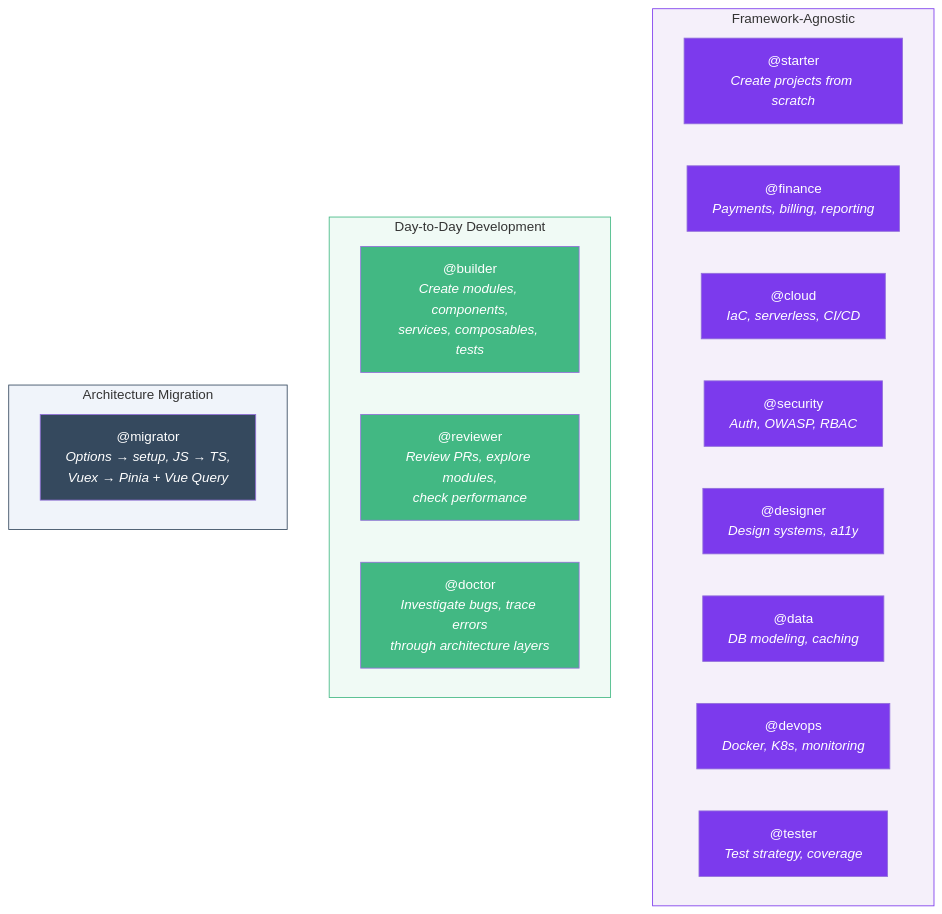
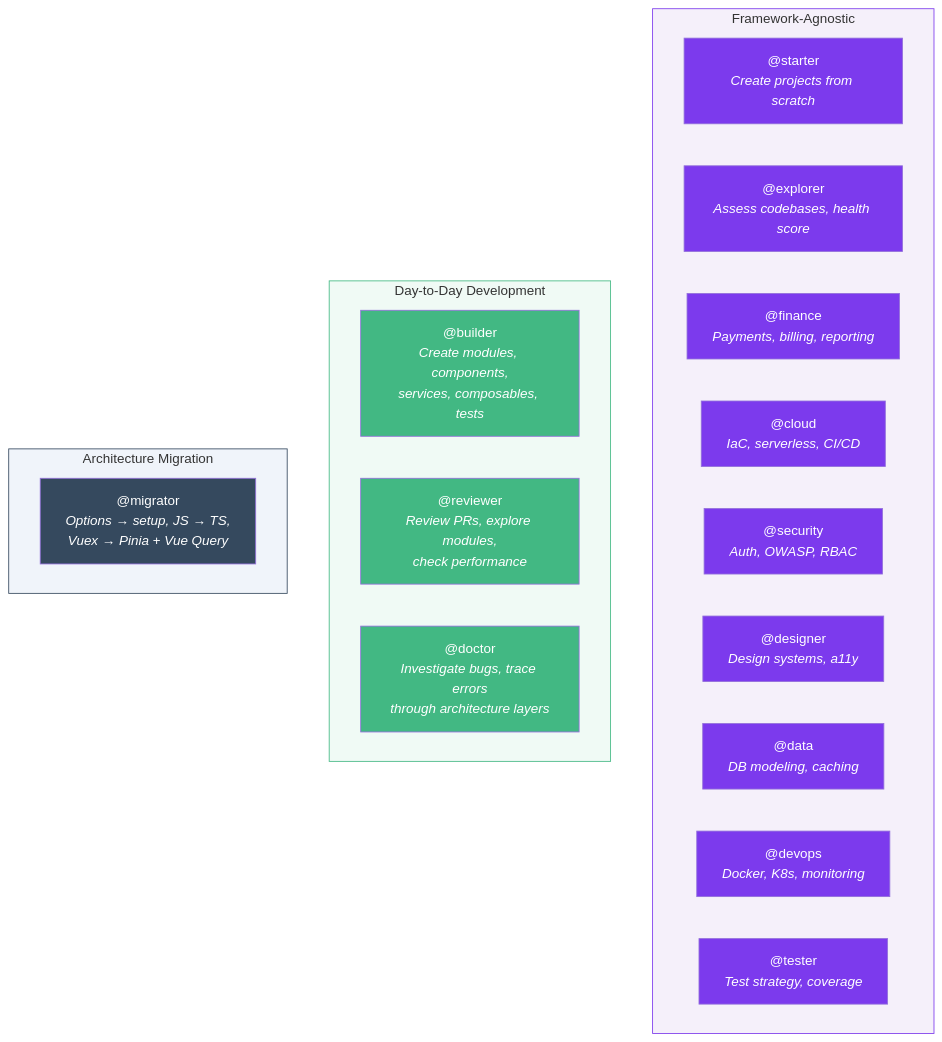
One commit to HerbertJulio/specialist-agent changed the first of 2 diagrams in docs/guide/introduction.md. Above: the diagram before and after it, drawn with Mermaid. The commit also changed other lines of this file and 10 other files, not shown here.

````diff
--- a/docs/guide/introduction.md
+++ b/docs/guide/introduction.md
@@ -35,39 +35,41 @@
 ```mermaid
 graph TB
     subgraph agnostic["Framework-Agnostic"]
         Starter["@starter<br/><i>Create projects from scratch</i>"]
+        Explorer["@explorer<br/><i>Assess codebases, health score</i>"]
         Finance["@finance<br/><i>Payments, billing, reporting</i>"]
         Cloud["@cloud<br/><i>IaC, serverless, CI/CD</i>"]
         Security["@security<br/><i>Auth, OWASP, RBAC</i>"]
         Designer["@designer<br/><i>Design systems, a11y</i>"]
         Data["@data<br/><i>DB modeling, caching</i>"]
         DevOps["@devops<br/><i>Docker, K8s, monitoring</i>"]
         Tester["@tester<br/><i>Test strategy, coverage</i>"]
     end
 
     subgraph daily["Day-to-Day Development"]
         Builder["@builder<br/><i>Create modules, components,<br/>services, composables, tests</i>"]
         Reviewer["@reviewer<br/><i>Review PRs, explore modules,<br/>check performance</i>"]
         Doctor["@doctor<br/><i>Investigate bugs, trace errors<br/>through architecture layers</i>"]
     end
 
     subgraph migration["Architecture Migration"]
         Migrator["@migrator<br/><i>Options → setup, JS → TS,<br/>Vuex → Pinia + Vue Query</i>"]
     end
 
     style agnostic fill:#f5f0fa,stroke:#7c3aed
     style daily fill:#f0faf5,stroke:#42b883
     style migration fill:#f0f4fa,stroke:#35495e
     style Starter fill:#7c3aed,color:#fff
+    style Explorer fill:#7c3aed,color:#fff
     style Finance fill:#7c3aed,color:#fff
     style Cloud fill:#7c3aed,color:#fff
     style Security fill:#7c3aed,color:#fff
     style Designer fill:#7c3aed,color:#fff
     style Data fill:#7c3aed,color:#fff
     style DevOps fill:#7c3aed,color:#fff
     style Tester fill:#7c3aed,color:#fff
     style Builder fill:#42b883,color:#fff
     style Reviewer fill:#42b883,color:#fff
     style Doctor fill:#42b883,color:#fff
     style Migrator fill:#35495e,color:#fff
 ```
````
